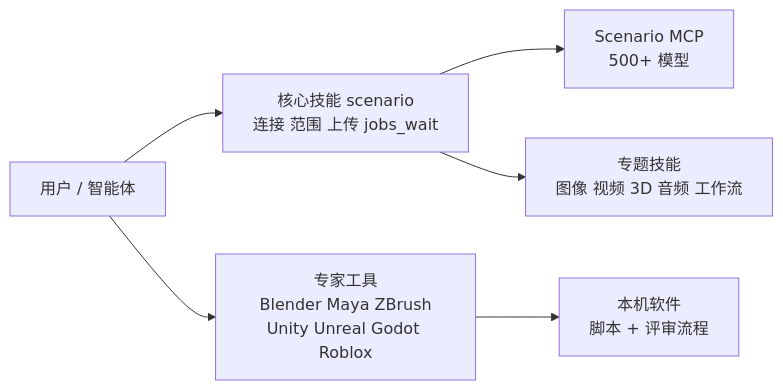
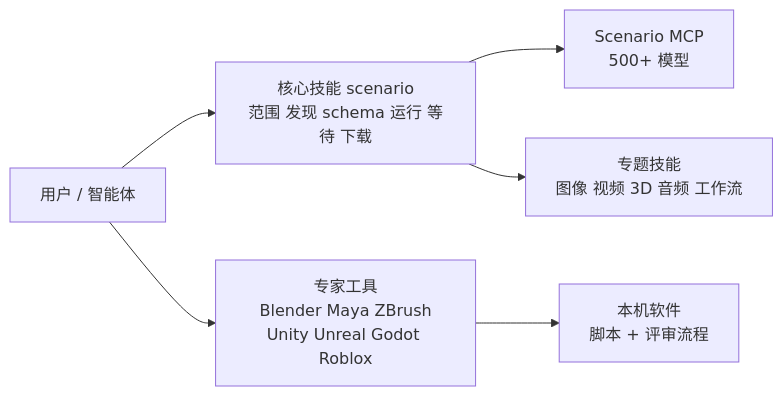
The diagram in wiki/entities/scenario-labs-skills.md (ImChong/Robotics_Notebooks), drawn with Mermaid before and after one commit. The commit also changed other lines of this file and 5 other files, not shown here.

````diff
--- a/wiki/entities/scenario-labs-skills.md
+++ b/wiki/entities/scenario-labs-skills.md
@@ -45,8 +48,8 @@
 ```mermaid
 flowchart LR
-  U["用户 / 智能体"] --> S["核心技能 scenario<br/>连接 范围 上传 jobs_wait"]
+  U["用户 / 智能体"] --> S["核心技能 scenario<br/>范围 发现 schema 运行 等待 下载"]
   S --> M["Scenario MCP<br/>500+ 模型"]
   S --> F["专题技能<br/>图像 视频 3D 音频 工作流"]
   U --> E["专家工具<br/>Blender Maya ZBrush<br/>Unity Unreal Godot Roblox"]
   E --> L["本机软件<br/>脚本 + 评审流程"]
 ```
````
